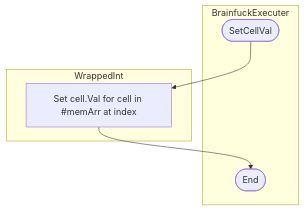
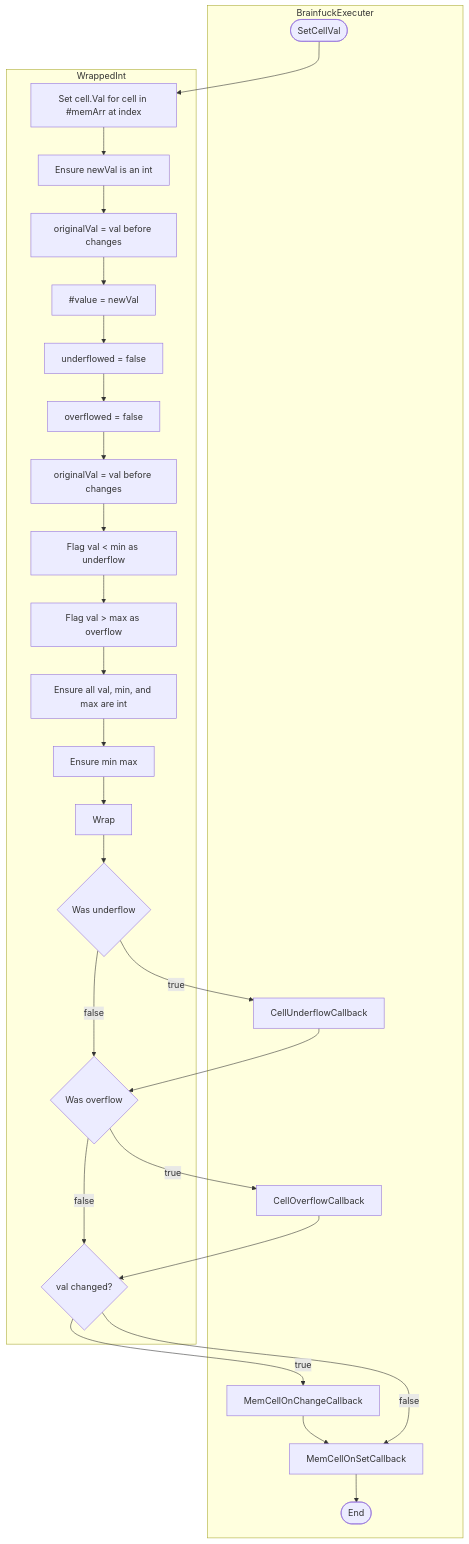
Diagram 20 of 28 in src/Classes_Info/BrainfuckExecuter.md (BCS21090011/BrainFucker), drawn with Mermaid before and after one commit. The commit also changed 1 other file, not shown here.

Commit message:
Change WrappedInt.Wrap to private method (WrappedInt.#Wrap). Redo chart for SetCellVal.

````diff
--- a/src/Classes_Info/BrainfuckExecuter.md
+++ b/src/Classes_Info/BrainfuckExecuter.md
@@ -1011,18 +1011,81 @@
 ```mermaid
 flowchart TD
 
 subgraph BrainfuckExecuter
     Start([SetCellVal])
+    CellUnderflowCallback
+    CellOverflowCallback
+    MemCellOnChangeCallback
+    MemCellOnSetCallback
     End([End])
 end
 
 subgraph WrappedInt
     SetVal[Set cell.Val for cell in #memArr at index]
+    EnsureInt[Ensure newVal is an int]
+    SetOriginalVal[originalVal = val before changes]
+    SetPrivVal[#value = newVal]
+    InitializeUnderflowFlag[underflowed = false]
+    InitializeOverflowFlag[overflowed = false]
+    SetOriginalVal_wrap[originalVal = val before changes]
+    CheckUnderflow[Flag val < min as underflow]
+    CheckOverflow[Flag val > max as overflow]
+    WrappedIntEnsureIntValMinMax[Ensure all val, min, and max are int]
+    WrappedIntEnsureMinMax[Ensure min max]
+    Wrap
+    WasUnderflow{Was underflow}
+    WasOverflow{Was overflow}
+    WrappedIntValChanged{val changed?}
 end
 
 Start
 -->
 SetVal
 -->
+EnsureInt
+-->
+SetOriginalVal
+-->
+SetPrivVal
+-->
+InitializeUnderflowFlag
+-->
+InitializeOverflowFlag
+-->
+SetOriginalVal_wrap
+-->
+CheckUnderflow
+-->
+CheckOverflow
+-->
+WrappedIntEnsureIntValMinMax
+-->
+WrappedIntEnsureMinMax
+-->
+Wrap
+-->
+WasUnderflow
+--true-->
+CellUnderflowCallback
+-->
+WasOverflow
+--true-->
+CellOverflowCallback
+-->
+WrappedIntValChanged
+--true-->
+MemCellOnChangeCallback
+-->
+MemCellOnSetCallback
+-->
 End
+
+
+WasUnderflow
+--false-->
+WasOverflow
+--false-->
+WrappedIntValChanged
+--false-->
+MemCellOnSetCallback
 ```
````
